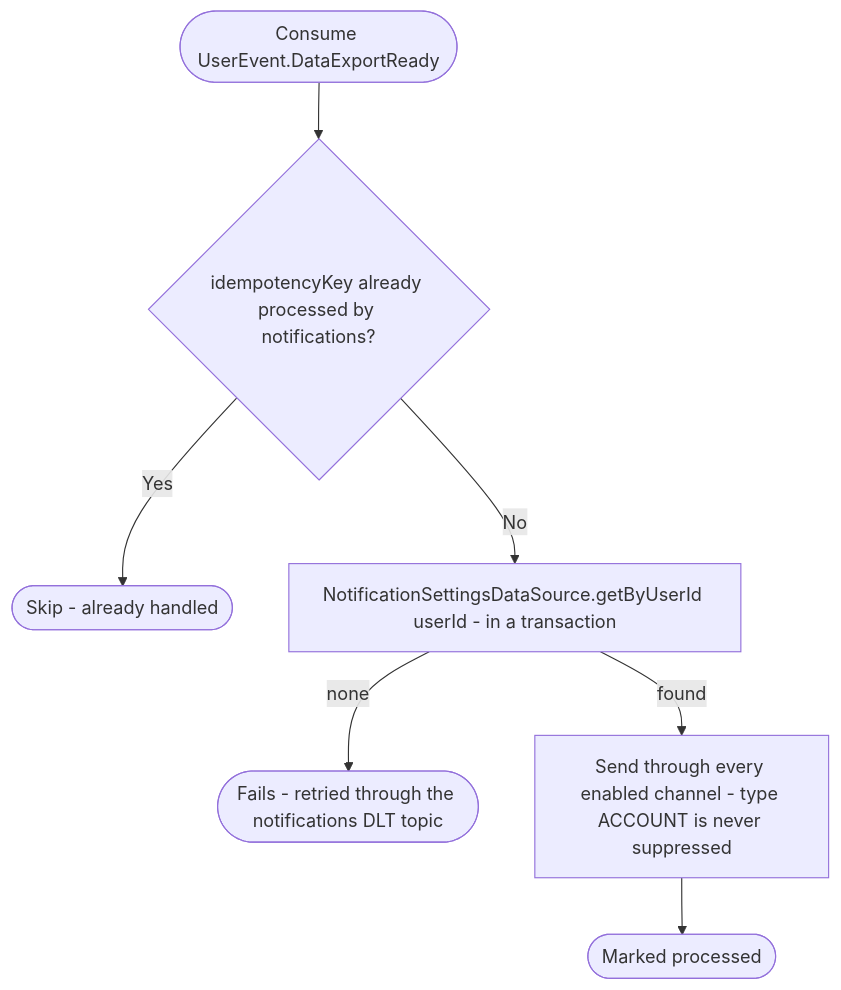
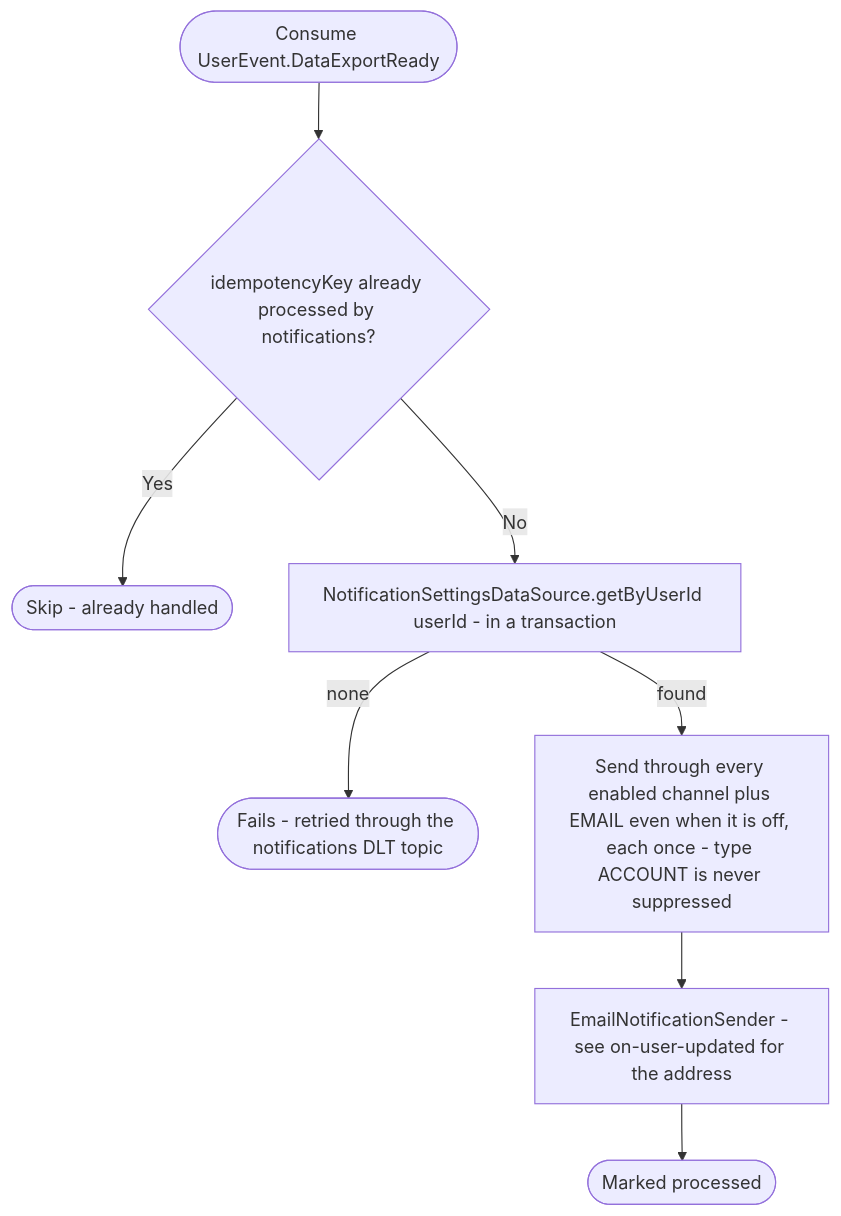
One commit to nocturneproperties/bookkme changed the diagram in docs/operations/notifications/on-data-export-ready.md. Above: the diagram before and after it, drawn with Mermaid. The commit also changed other lines of this file and 32 other files, not shown here.

````diff
--- a/docs/operations/notifications/on-data-export-ready.md
+++ b/docs/operations/notifications/on-data-export-ready.md
@@ -16,9 +17,10 @@
 ```mermaid
 flowchart TD
     Start([Consume UserEvent.DataExportReady]) --> Dedup{idempotencyKey already processed by notifications?}
     Dedup -- Yes --> Skip([Skip - already handled])
     Dedup -- No --> Settings[NotificationSettingsDataSource.getByUserId userId - in a transaction]
     Settings -- none --> Fail([Fails - retried through the notifications DLT topic])
-    Settings -- found --> Channels[Send through every enabled channel - type ACCOUNT is never suppressed]
-    Channels --> Ack([Marked processed])
+    Settings -- found --> Channels["Send through every enabled channel plus EMAIL even when it is off, each once - type ACCOUNT is never suppressed"]
+    Channels --> Email[EmailNotificationSender - see on-user-updated for the address]
+    Email --> Ack([Marked processed])
 ```
````
